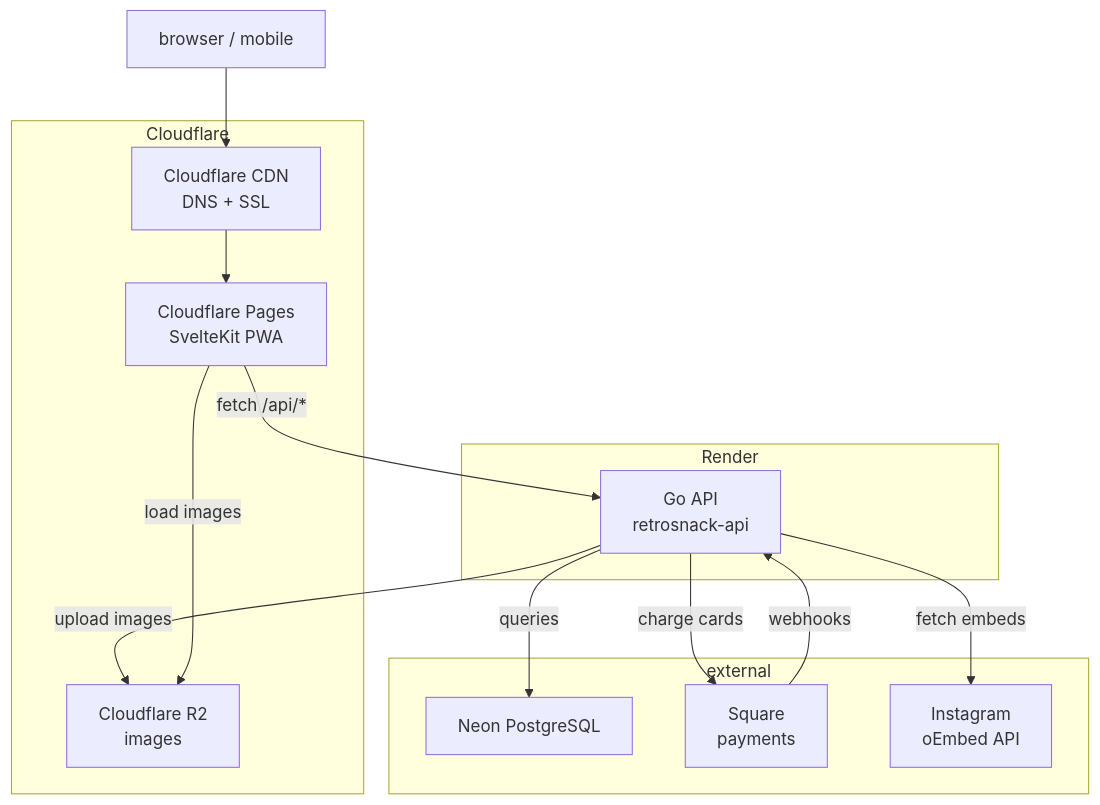
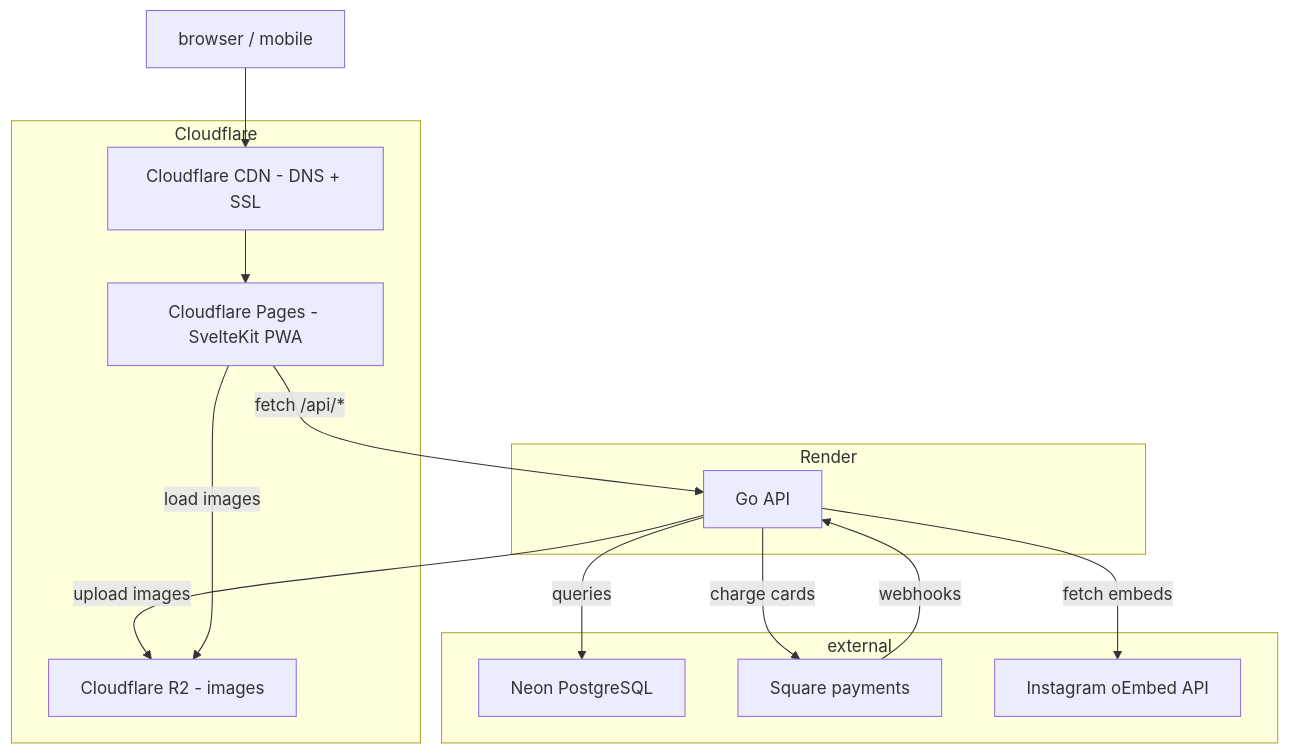
The first of 5 diagrams in docs/architecture.md (aidantrabs/retrosnack), drawn with Mermaid before and after one commit. The commit also changed other lines of this file, not shown here.

Commit message:
chore: fix errors in architecture doc

````diff
--- a/docs/architecture.md
+++ b/docs/architecture.md
@@ -5,29 +5,29 @@
 ```mermaid
 graph TD
     User["browser / mobile"]
 
     subgraph "Cloudflare"
-        Pages["Cloudflare Pages\nSvelteKit PWA"]
-        R2["Cloudflare R2\nimages"]
-        CDN["Cloudflare CDN\nDNS + SSL"]
+        Pages["Cloudflare Pages - SvelteKit PWA"]
+        R2["Cloudflare R2 - images"]
+        CDN["Cloudflare CDN - DNS + SSL"]
     end
 
     subgraph "Render"
-        API["Go API\nretrosnack-api"]
+        API["Go API"]
     end
 
     subgraph "external"
         Neon["Neon PostgreSQL"]
-        Square["Square\npayments"]
-        IG["Instagram\noEmbed API"]
+        Square["Square payments"]
+        IG["Instagram oEmbed API"]
     end
 
     User --> CDN --> Pages
     Pages -- "fetch /api/*" --> API
     API -- "queries" --> Neon
     API -- "charge cards" --> Square
     API -- "fetch embeds" --> IG
     API -- "upload images" --> R2
     Pages -- "load images" --> R2
     Square -- "webhooks" --> API
 ```
````
